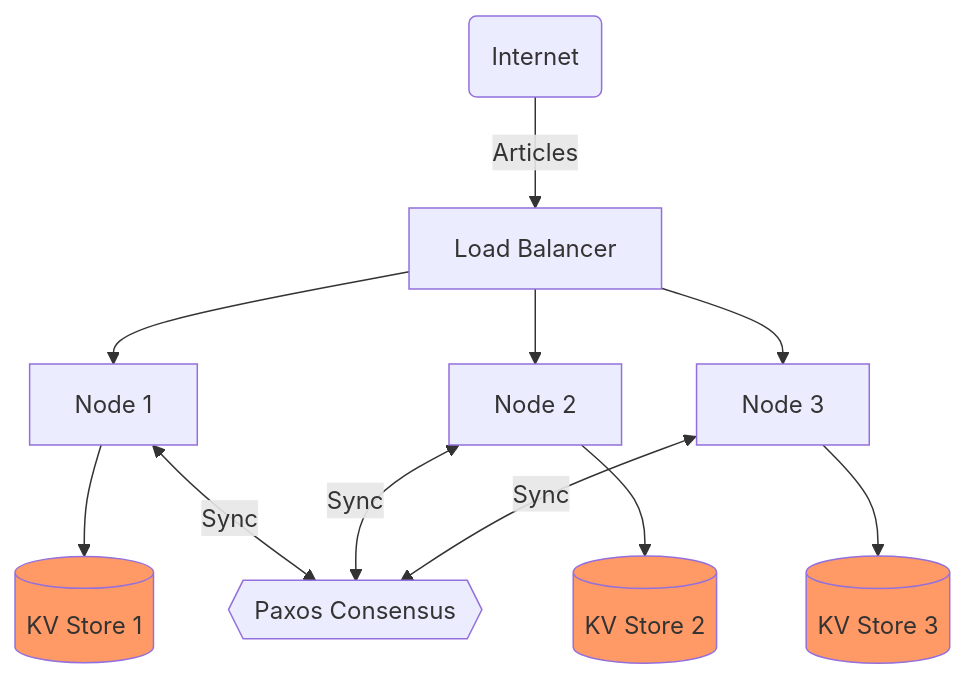
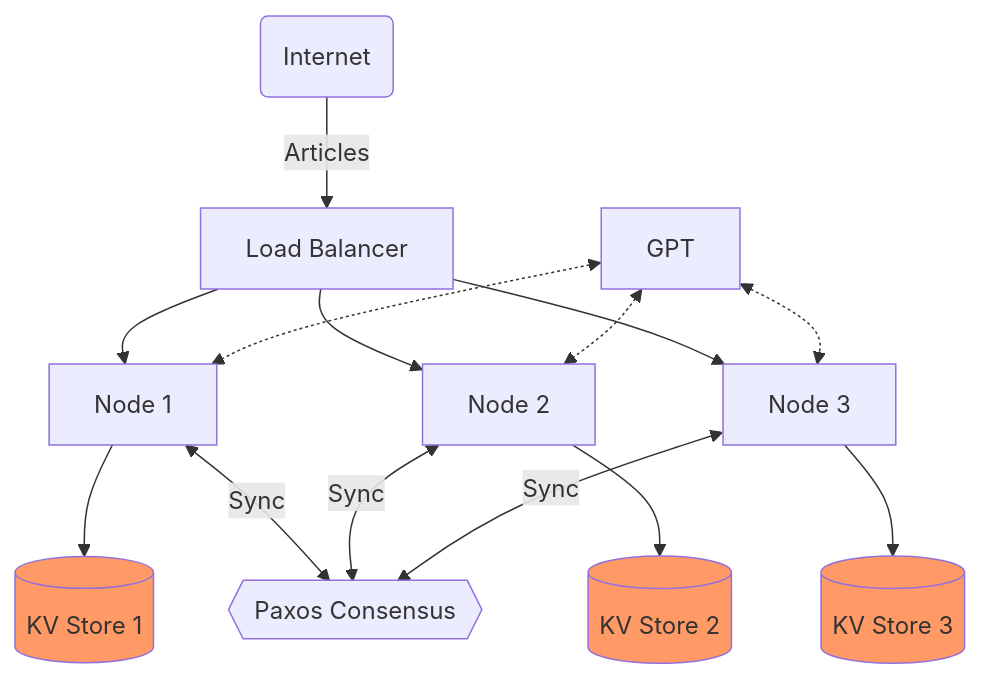
The second of 8 diagrams in README.md (L0Lmaker/DistributedSemanticAnalysis), drawn with Mermaid before and after one commit. The commit also changed other lines of this file, not shown here.

````diff
--- a/README.md
+++ b/README.md
@@ -109,19 +129,19 @@
 ```mermaid
 flowchart TB
     internet(Internet) -->|Articles| LB[Load Balancer]
     LB --> N1[Node 1]
     LB --> N2[Node 2]
     LB --> N3[Node 3]
-
     N1 --> KV1[(KV Store 1)]
     N2 --> KV2[(KV Store 2)]
     N3 --> KV3[(KV Store 3)]
-
     PAXOS{{"Paxos Consensus"}}
     N1 <-->|Sync| PAXOS
     N2 <-->|Sync| PAXOS
     N3 <-->|Sync| PAXOS
-
+    GPT <-.-> N1
+    GPT <-.-> N2
+    GPT <-.-> N3
     classDef kvstore fill:#f96;
     class KV1,KV2,KV3 kvstore;
 ```
````
